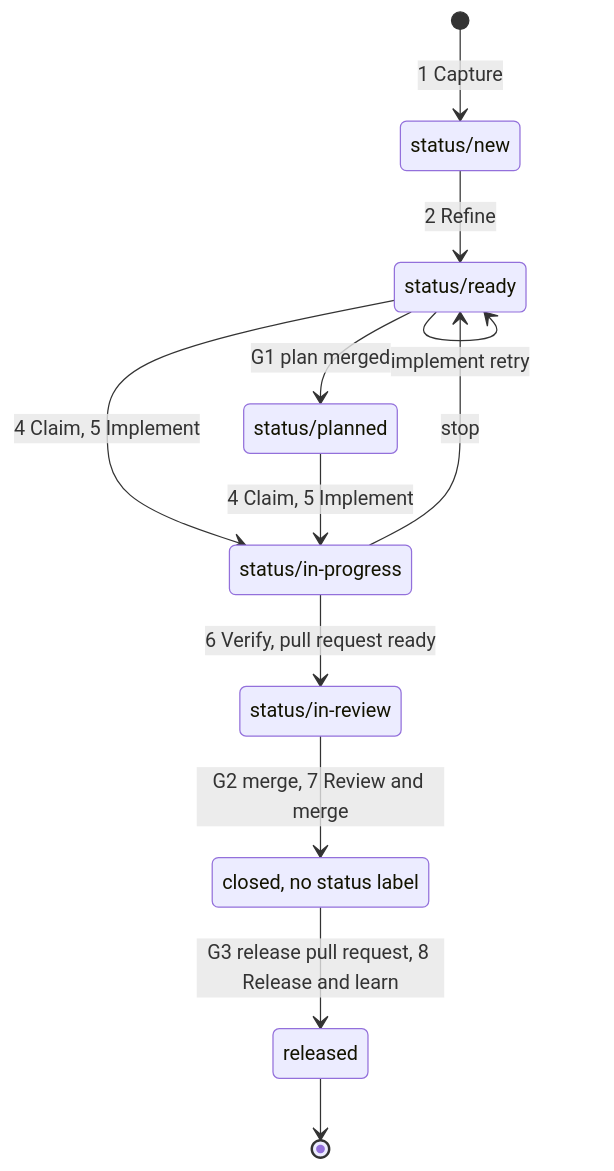
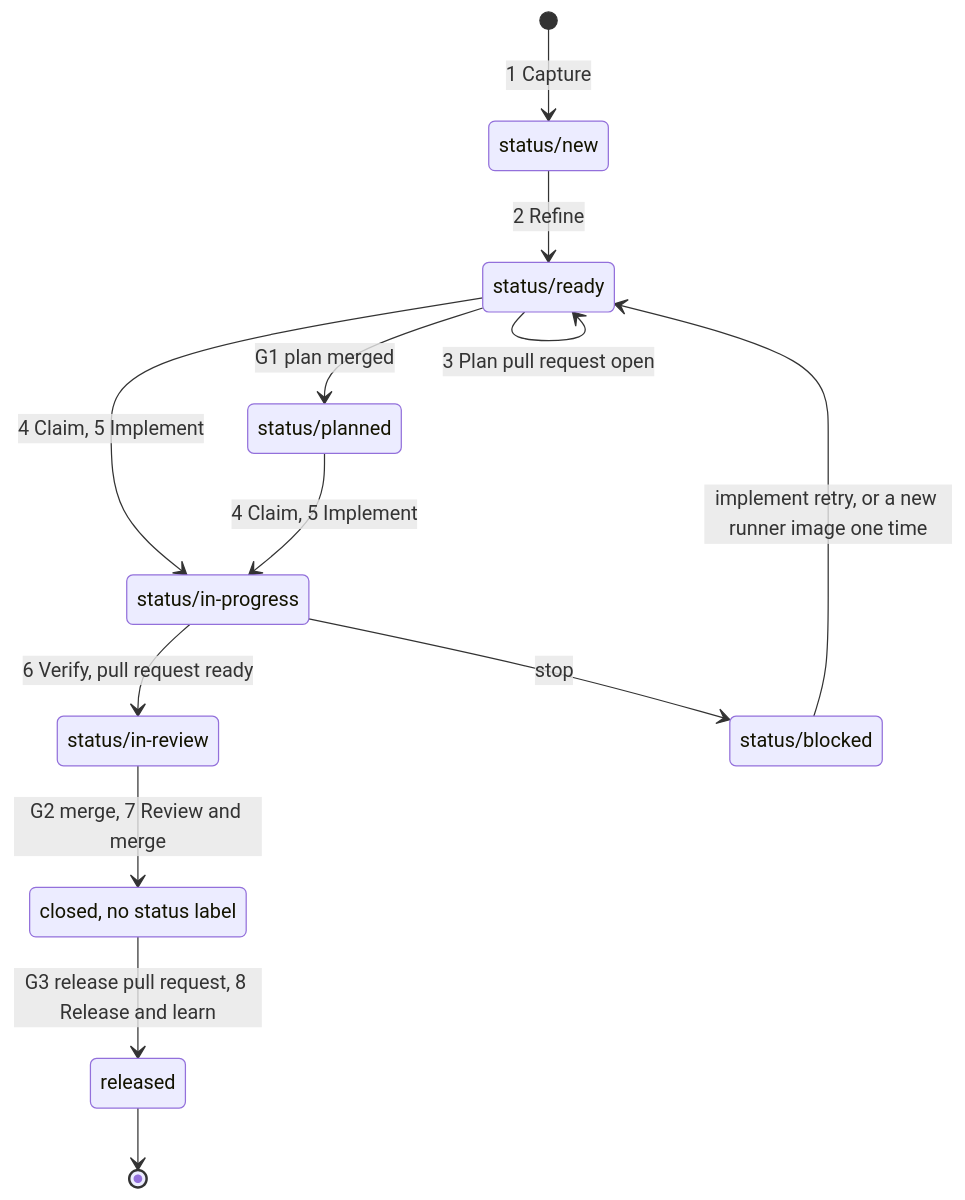
One commit to dan-petty/devops-cli changed the diagram in docs/ROADMAP_WORKFLOW.md. Above: the diagram before and after it, drawn with Mermaid. The commit also changed other lines of this file and 4 other files, not shown here.

Commit message:
docs(roadmap): describe the Blocked stop and the clear rules (#2912)

````diff
--- a/docs/ROADMAP_WORKFLOW.md
+++ b/docs/ROADMAP_WORKFLOW.md
@@ -132,21 +137,22 @@
 ```mermaid
 stateDiagram-v2
     [*] --> new: 1 Capture
     new --> ready: 2 Refine
     ready --> ready: 3 Plan pull request open
     ready --> planned: G1 plan merged
     ready --> in_progress: 4 Claim, 5 Implement
     planned --> in_progress: 4 Claim, 5 Implement
     in_progress --> in_review: 6 Verify, pull request ready
-    in_progress --> ready: stop
-    ready --> ready: implement retry
+    in_progress --> blocked: stop
+    blocked --> ready: implement retry, or a new runner image one time
     in_review --> closed: G2 merge, 7 Review and merge
     closed --> released: G3 release pull request, 8 Release and learn
     released --> [*]
     new: status/new
     ready: status/ready
     planned: status/planned
+    blocked: status/blocked
     in_progress: status/in-progress
     in_review: status/in-review
     closed: closed, no status label
 ```
````
